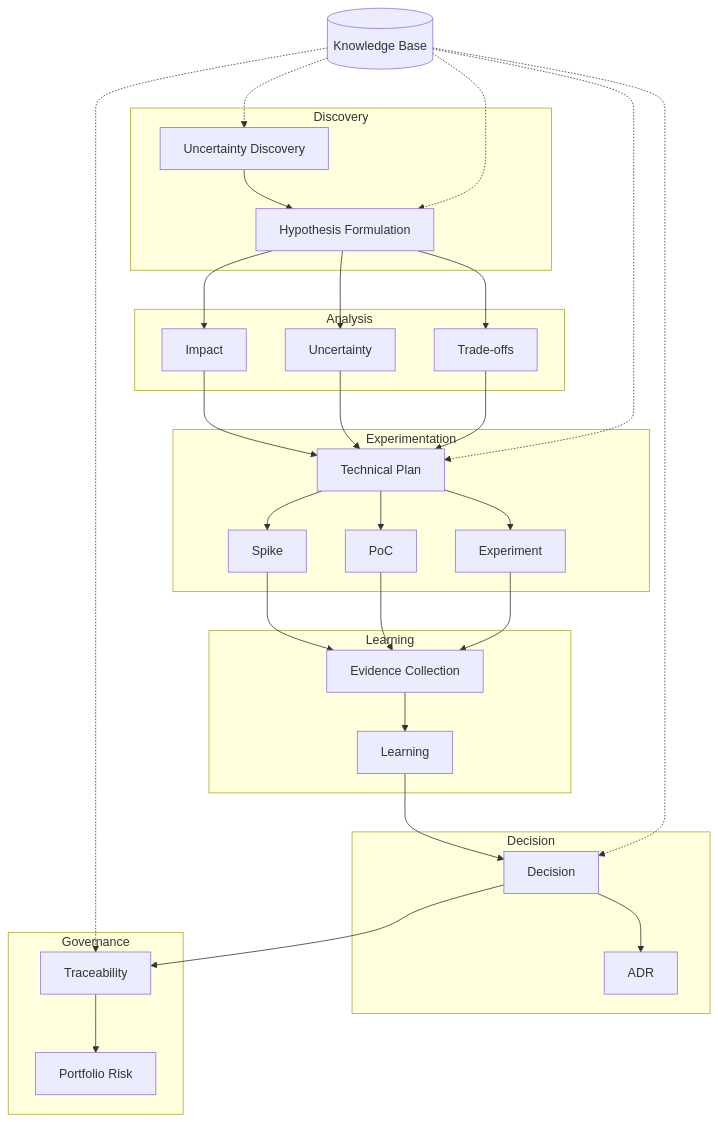
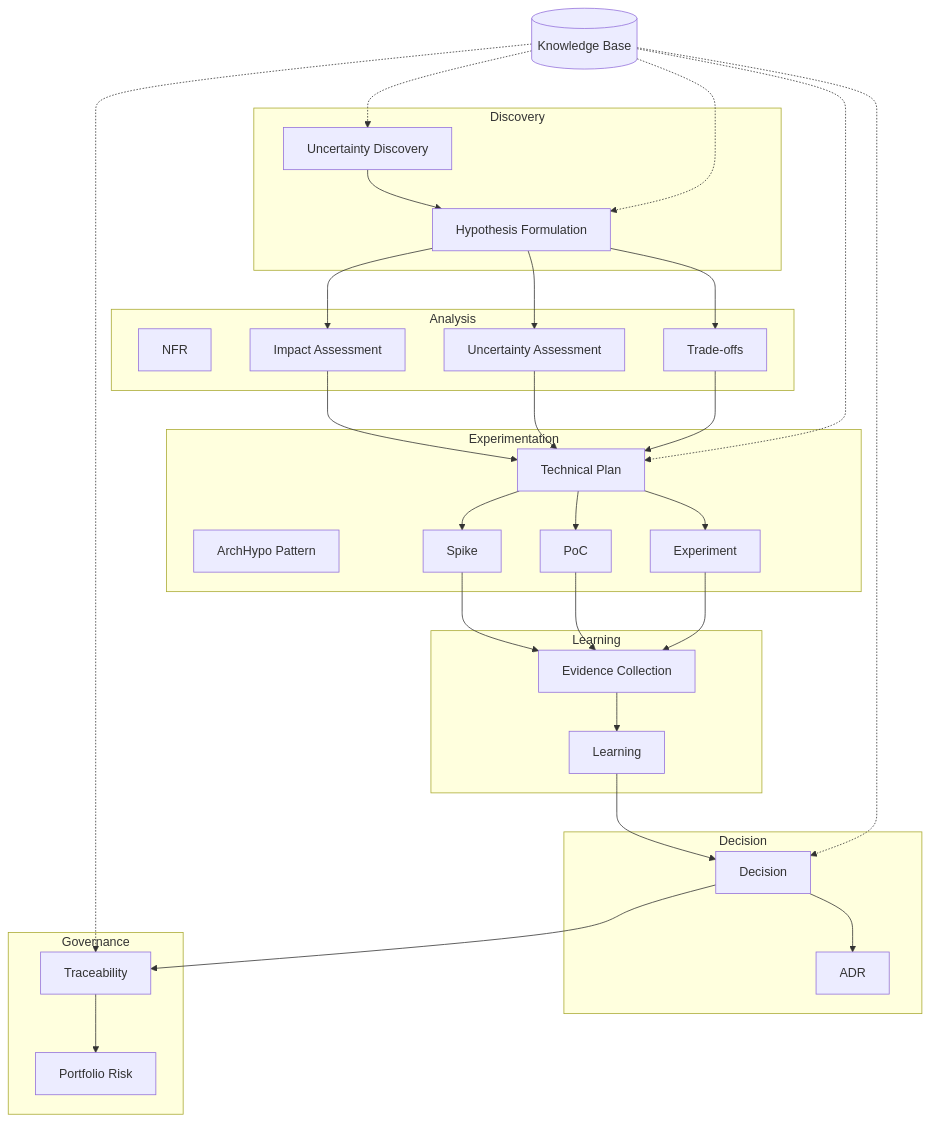
The first of 2 diagrams in CRAU.md (jonathancs-tester/ArchHypoTrelloExperiment), drawn with Mermaid before and after one commit. The commit also changed other lines of this file, not shown here.

````diff
--- a/CRAU.md
+++ b/CRAU.md
@@ -24,72 +26,74 @@
 ```mermaid
 flowchart TB
 
 subgraph Discovery["Discovery"]
     U[Uncertainty Discovery]
     H[Hypothesis Formulation]
 end
 
 subgraph Analysis["Analysis"]
-    IA[Impact]
-    UA[Uncertainty]
+    NFR[NFR ]
+    IA[Impact Assessment ]
+    UA[Uncertainty Assessment ]
     TA[Trade-offs]
 end
 
 subgraph Experimentation["Experimentation"]
     TP[Technical Plan]
+    AP[ArchHypo Pattern]
     S[Spike]
     P[PoC]
     EX[Experiment]
 end
 
 subgraph Learning["Learning"]
     EC[Evidence Collection]
     LA[Learning]
 end
 
 subgraph Decision["Decision"]
     DA[Decision]
     ADR[ADR]
 end
 
 subgraph Governance["Governance"]
     TR[Traceability]
     PR[Portfolio Risk]
 end
 
 U --> H
 
 H --> IA
 H --> UA
 H --> TA
 
 IA --> TP
 UA --> TP
 TA --> TP
 
 TP --> S
 TP --> P
 TP --> EX
 
 S --> EC
 P --> EC
 EX --> EC
 
 EC --> LA
 
 LA --> DA
 
 DA --> ADR
 DA --> TR
 
 TR --> PR
 
 %% Cross-cutting concern
 KB[(Knowledge Base)]
 
 KB -.-> U
 KB -.-> H
 KB -.-> TP
 KB -.-> DA
 KB -.-> TR
 ```
````
